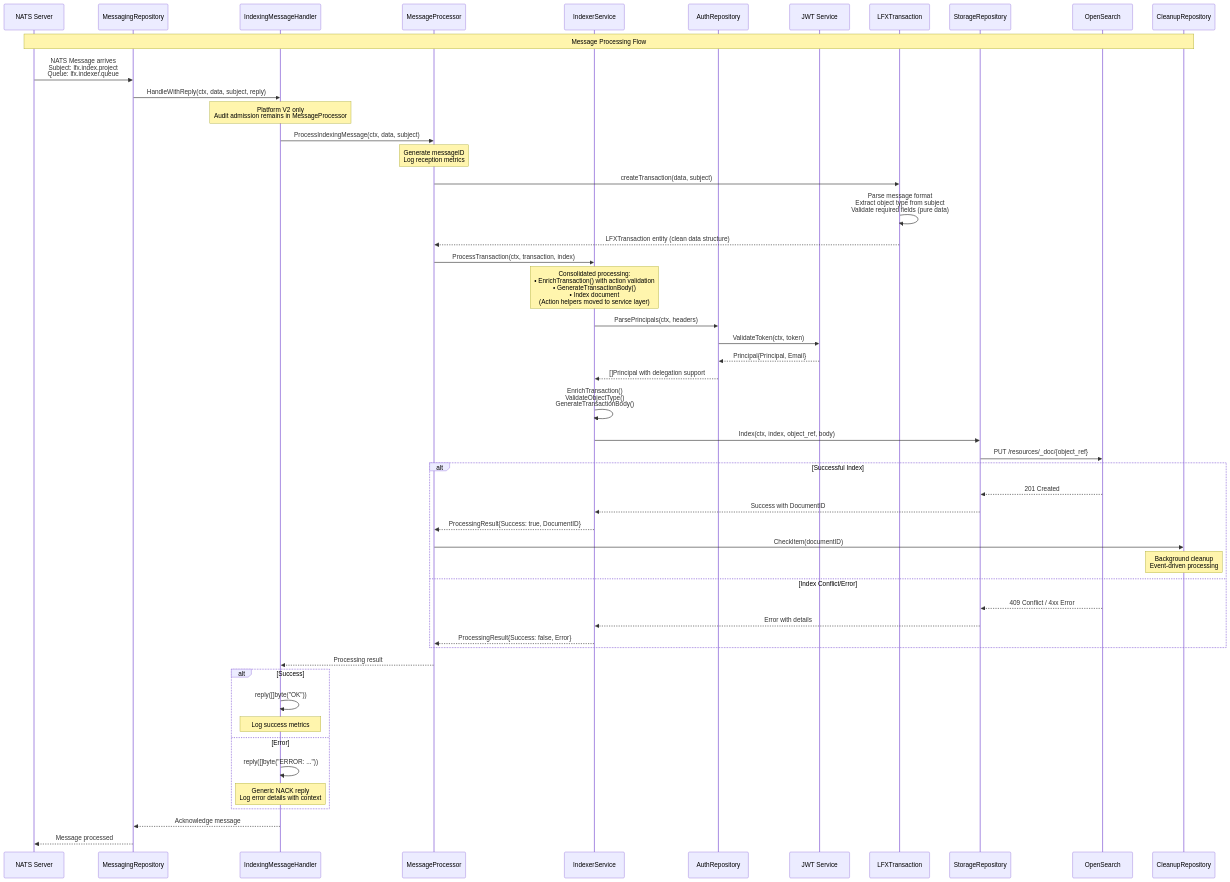
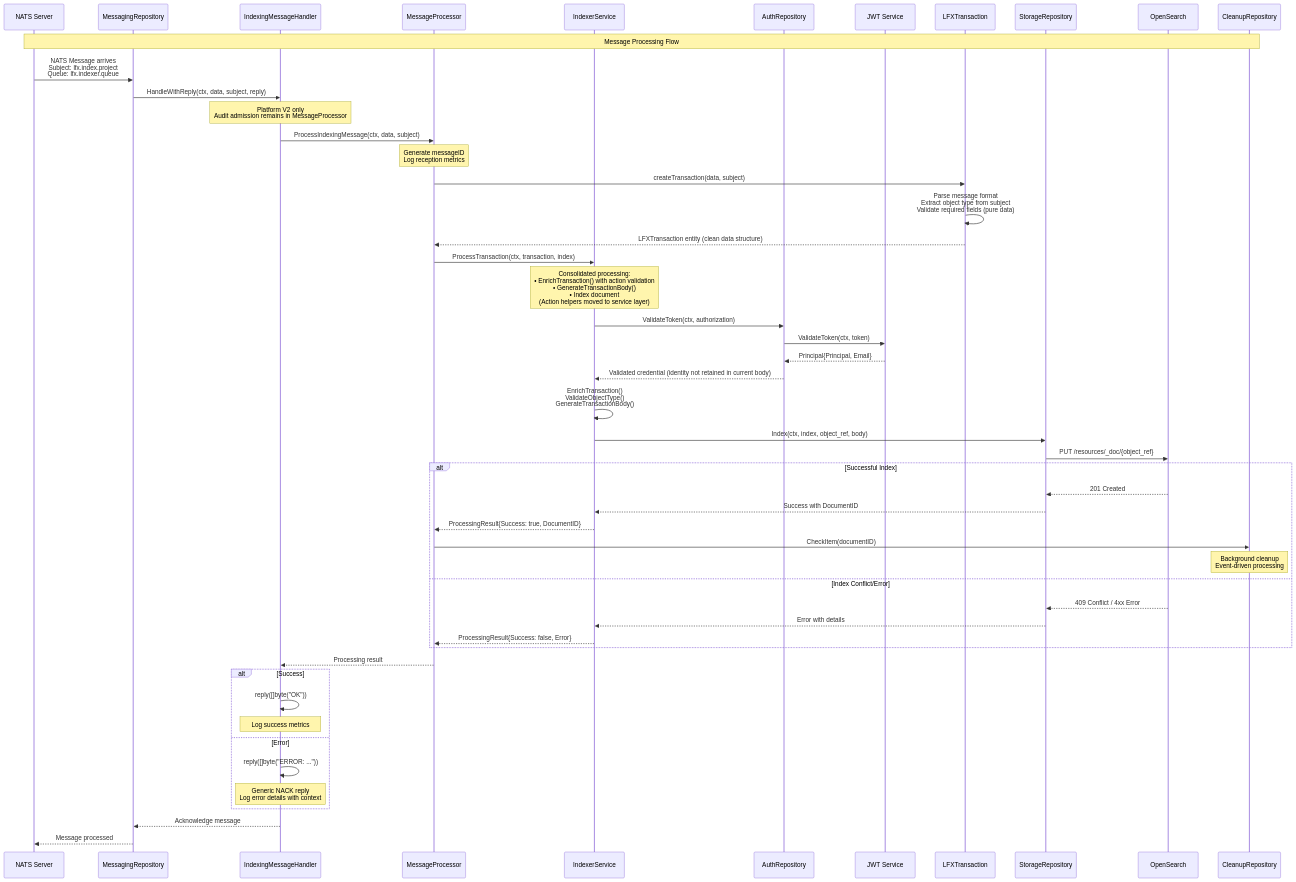
The second of 2 diagrams in README.md (linuxfoundation/lfx-v2-indexer-service), drawn with Mermaid before and after one commit. The commit also changed other lines of this file and 17 other files, not shown here.

````diff
--- a/README.md
+++ b/README.md
@@ -247,78 +247,78 @@
 ```mermaid
 sequenceDiagram
     participant NATS as NATS Server
     participant MR as MessagingRepository
     participant UH as IndexingMessageHandler
     participant MP as MessageProcessor
     participant IS as IndexerService
     participant AR as AuthRepository
     participant JWT as JWT Service
     participant TE as LFXTransaction
     participant SR as StorageRepository
     participant OS as OpenSearch
     participant CR as CleanupRepository
 
     Note over NATS,CR: Message Processing Flow
 
     %% Message Arrival & Presentation Layer
     NATS->>MR: NATS Message arrives<br/>Subject: lfx.index.project<br/>Queue: lfx.indexer.queue
 
     MR->>UH: HandleWithReply(ctx, data, subject, reply)
     Note over UH: Platform V2 only<br/>Audit admission remains in MessageProcessor
 
     %% Application Layer Coordination
     UH->>MP: ProcessIndexingMessage(ctx, data, subject)
     Note over MP: Generate messageID<br/>Log reception metrics
 
     %% Transaction Creation & Validation
     MP->>TE: createTransaction(data, subject)
     TE->>TE: Parse message format<br/>Extract object type from subject<br/>Validate required fields (pure data)
     TE-->>MP: LFXTransaction entity (clean data structure)
 
     %% Domain Layer Business Logic
     MP->>IS: ProcessTransaction(ctx, transaction, index)
 
     Note over IS: Consolidated processing:<br/>• EnrichTransaction() with action validation<br/>• GenerateTransactionBody()<br/>• Index document<br/>(Action helpers moved to service layer)
 
     %% Authentication & Authorization
-    IS->>AR: ParsePrincipals(ctx, headers)
+    IS->>AR: ValidateToken(ctx, authorization)
     AR->>JWT: ValidateToken(ctx, token)
     JWT-->>AR: Principal{Principal, Email}
-    AR-->>IS: []Principal with delegation support
+    AR-->>IS: Validated credential (identity not retained in current body)
 
     %% Validation & Body Generation
     IS->>IS: EnrichTransaction()<br/>ValidateObjectType()<br/>GenerateTransactionBody()
 
     %% Document Indexing
     IS->>SR: Index(ctx, index, object_ref, body)
     SR->>OS: PUT /resources/_doc/{object_ref}
 
     alt Successful Index
         OS-->>SR: 201 Created
         SR-->>IS: Success with DocumentID
 
         %% Background Conflict Resolution
         IS-->>MP: ProcessingResult{Success: true, DocumentID}
         MP->>CR: CheckItem(documentID)
         Note over CR: Background cleanup<br/>Event-driven processing
 
     else Index Conflict/Error
         OS-->>SR: 409 Conflict / 4xx Error
         SR-->>IS: Error with details
         IS-->>MP: ProcessingResult{Success: false, Error}
     end
 
     %% Response Handling
     MP-->>UH: Processing result
 
     alt Success
         UH->>UH: reply([]byte("OK"))
         Note over UH: Log success metrics
     else Error
         UH->>UH: reply([]byte("ERROR: ..."))
         Note over UH: Generic NACK reply<br/>Log error details with context
     end
 
     UH-->>MR: Acknowledge message
     MR-->>NATS: Message processed
 ```
````
